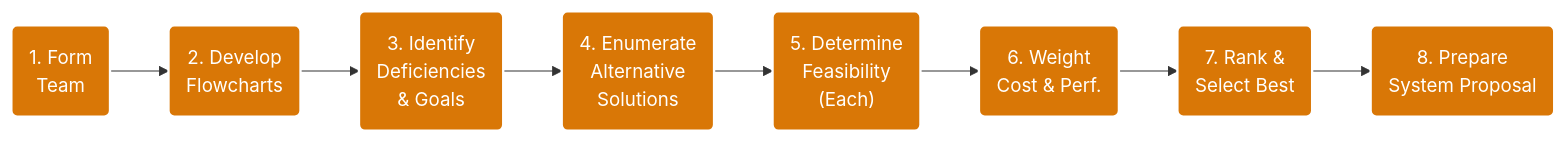
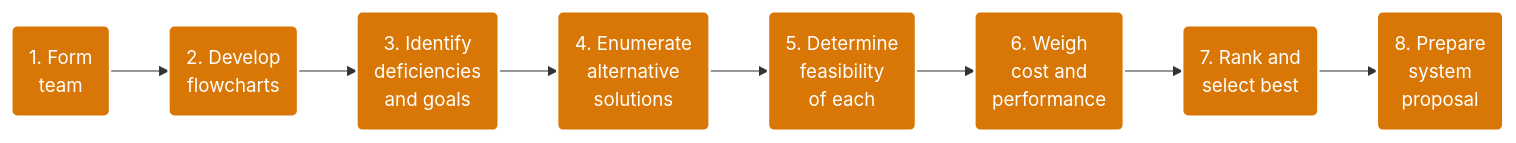
One commit to Hager-ali191/SAAD changed the third of 8 diagrams in Lec 1.md. Above: the diagram before and after it, drawn with Mermaid. The commit also changed other lines of this file, not shown here.

````diff
--- a/Lec 1.md
+++ b/Lec 1.md
@@ -48,12 +78,12 @@
 ```mermaid
 flowchart LR
     classDef step fill:#d97706,stroke:#fff,stroke-width:2px,color:#fff;
-    
-    S1("1. Form<br/>Team"):::step --> S2("2. Develop<br/>Flowcharts"):::step
-    S2 --> S3("3. Identify<br/>Deficiencies<br/>& Goals"):::step
-    S3 --> S4("4. Enumerate<br/>Alternative<br/>Solutions"):::step
-    S4 --> S5("5. Determine<br/>Feasibility<br/>(Each)"):::step
-    S5 --> S6("6. Weight<br/>Cost & Perf."):::step
-    S6 --> S7("7. Rank &<br/>Select Best"):::step
-    S7 --> S8("8. Prepare<br/>System Proposal"):::step
+
+    S1("1. Form<br/>team"):::step --> S2("2. Develop<br/>flowcharts"):::step
+    S2 --> S3("3. Identify<br/>deficiencies<br/>and goals"):::step
+    S3 --> S4("4. Enumerate<br/>alternative<br/>solutions"):::step
+    S4 --> S5("5. Determine<br/>feasibility<br/>of each"):::step
+    S5 --> S6("6. Weigh<br/>cost and<br/>performance"):::step
+    S6 --> S7("7. Rank and<br/>select best"):::step
+    S7 --> S8("8. Prepare<br/>system<br/>proposal"):::step
 ```
````
